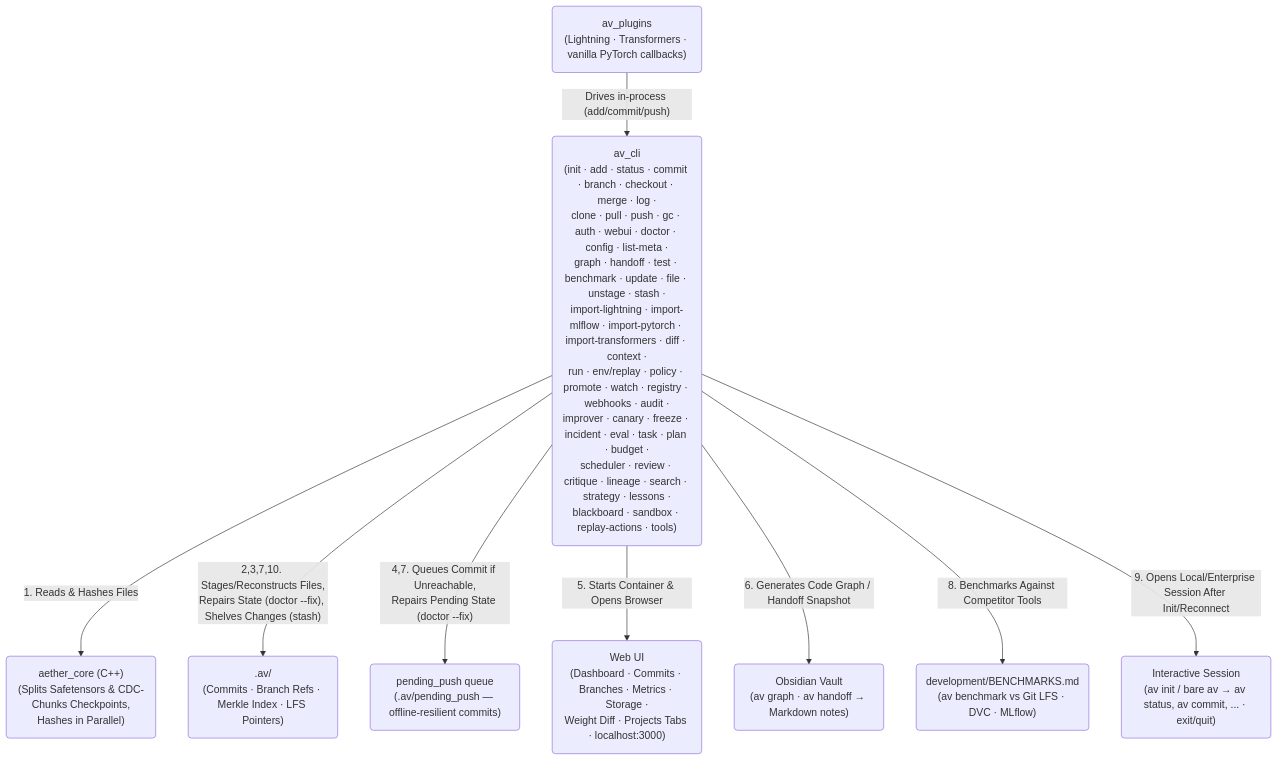
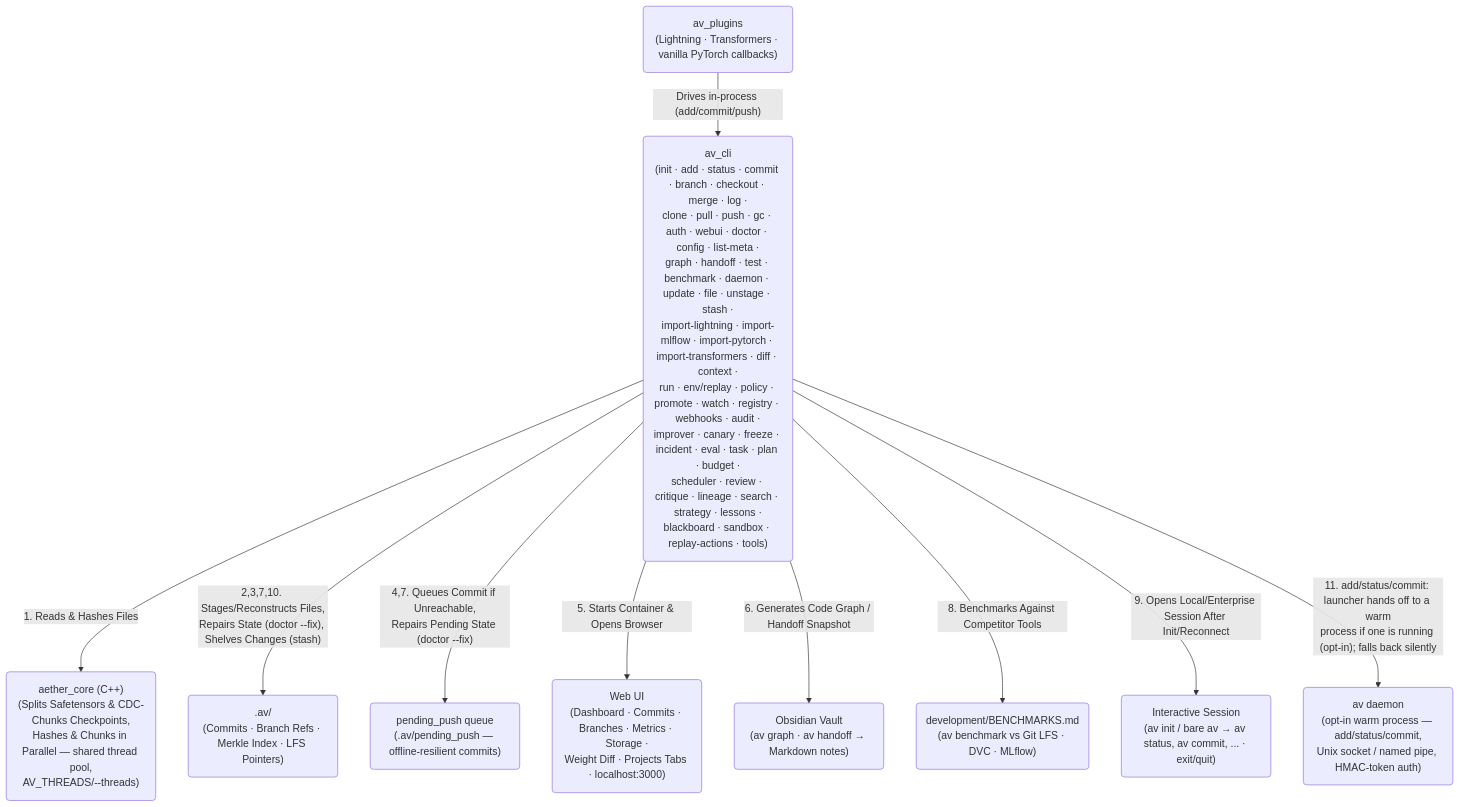
Before and after one commit to leon1706-lol/Aether-Vault: the first of 2 diagrams in README.md, drawn with Mermaid. The commit also changed other lines of this file and 44 other files, not shown here.

````diff
--- a/README.md
+++ b/README.md
@@ -132,21 +133,23 @@
 ```mermaid
 graph TD
     Plugins("av_plugins<br>(Lightning · Transformers · vanilla PyTorch callbacks)")
-    CLI("av_cli<br>(init · add · status · commit · branch · checkout · merge · log ·<br>clone · pull · push · gc · auth · webui · doctor · config · list-meta ·<br>graph · handoff · test · benchmark · update · file · unstage · stash ·<br>import-lightning · import-mlflow · import-pytorch · import-transformers · diff · context ·<br>run · env/replay · policy · promote · watch · registry · webhooks · audit ·<br>improver · canary · freeze · incident · eval · task · plan · budget ·<br>scheduler · review · critique · lineage · search · strategy · lessons ·<br>blackboard · sandbox · replay-actions · tools)")
-    CPP("aether_core (C++)<br>(Splits Safetensors & CDC-Chunks Checkpoints,<br>Hashes in Parallel)")
+    CLI("av_cli<br>(init · add · status · commit · branch · checkout · merge · log ·<br>clone · pull · push · gc · auth · webui · doctor · config · list-meta ·<br>graph · handoff · test · benchmark · daemon · update · file · unstage · stash ·<br>import-lightning · import-mlflow · import-pytorch · import-transformers · diff · context ·<br>run · env/replay · policy · promote · watch · registry · webhooks · audit ·<br>improver · canary · freeze · incident · eval · task · plan · budget ·<br>scheduler · review · critique · lineage · search · strategy · lessons ·<br>blackboard · sandbox · replay-actions · tools)")
+    CPP("aether_core (C++)<br>(Splits Safetensors & CDC-Chunks Checkpoints,<br>Hashes & Chunks in Parallel — shared thread pool,<br>AV_THREADS/--threads)")
     LocalDAG(".av/<br>(Commits · Branch Refs · Merkle Index · LFS Pointers)")
     PendingQ("pending_push queue<br>(.av/pending_push — offline-resilient commits)")
     WebUI("Web UI<br>(Dashboard · Commits · Branches · Metrics · Storage ·<br>Weight Diff · Projects Tabs · localhost:3000)")
     Vault("Obsidian Vault<br>(av graph · av handoff → Markdown notes)")
     Benchmarks("development/BENCHMARKS.md<br>(av benchmark vs Git LFS · DVC · MLflow)")
     Session("Interactive Session<br>(av init / bare av → av status, av commit, ... · exit/quit)")
+    Daemon("av daemon<br>(opt-in warm process — add/status/commit,<br>Unix socket / named pipe, HMAC-token auth)")
 
     Plugins -- "Drives in-process (add/commit/push)" --> CLI
     CLI -- "1. Reads & Hashes Files" --> CPP
     CLI -- "2,3,7,10. Stages/Reconstructs Files,<br>Repairs State (doctor --fix), Shelves Changes (stash)" --> LocalDAG
     CLI -- "4,7. Queues Commit if Unreachable,<br>Repairs Pending State (doctor --fix)" --> PendingQ
     CLI -- "5. Starts Container & Opens Browser" --> WebUI
     CLI -- "6. Generates Code Graph / Handoff Snapshot" --> Vault
     CLI -- "8. Benchmarks Against Competitor Tools" --> Benchmarks
     CLI -- "9. Opens Local/Enterprise Session After Init/Reconnect" --> Session
+    CLI -- "11. add/status/commit: launcher hands off to a warm<br>process if one is running (opt-in); falls back silently" --> Daemon
 ```
````
